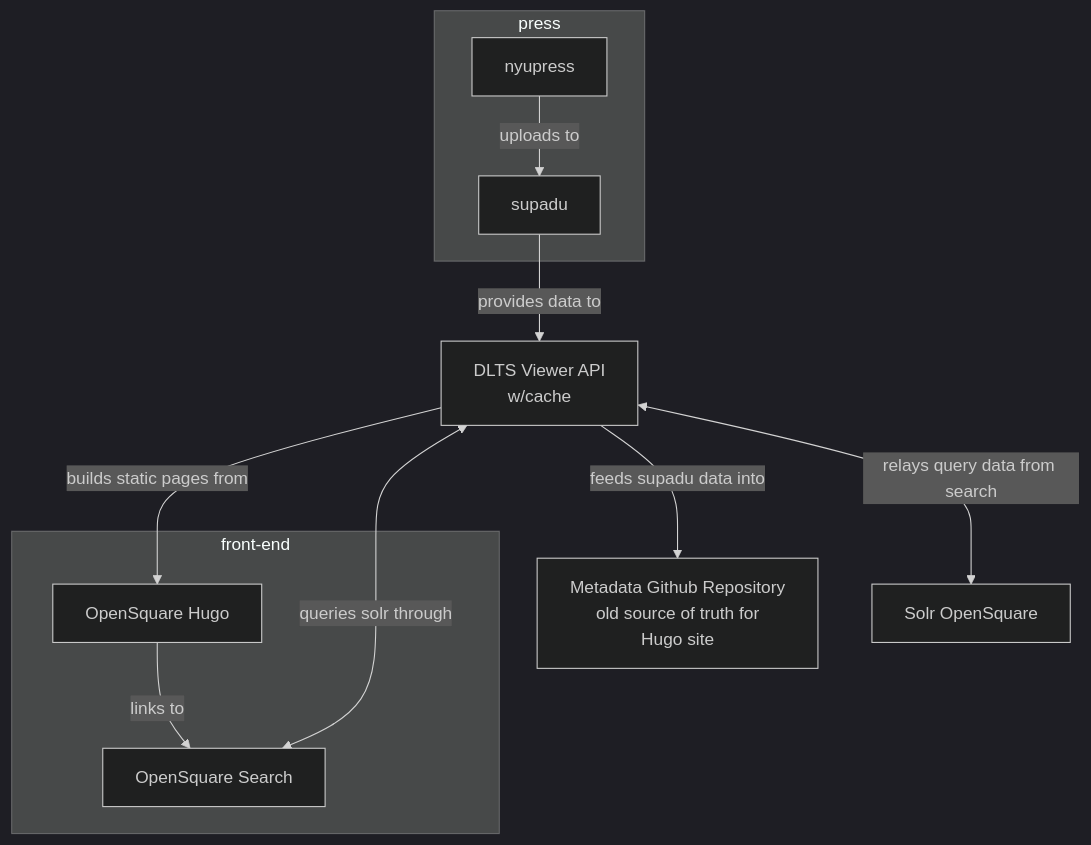
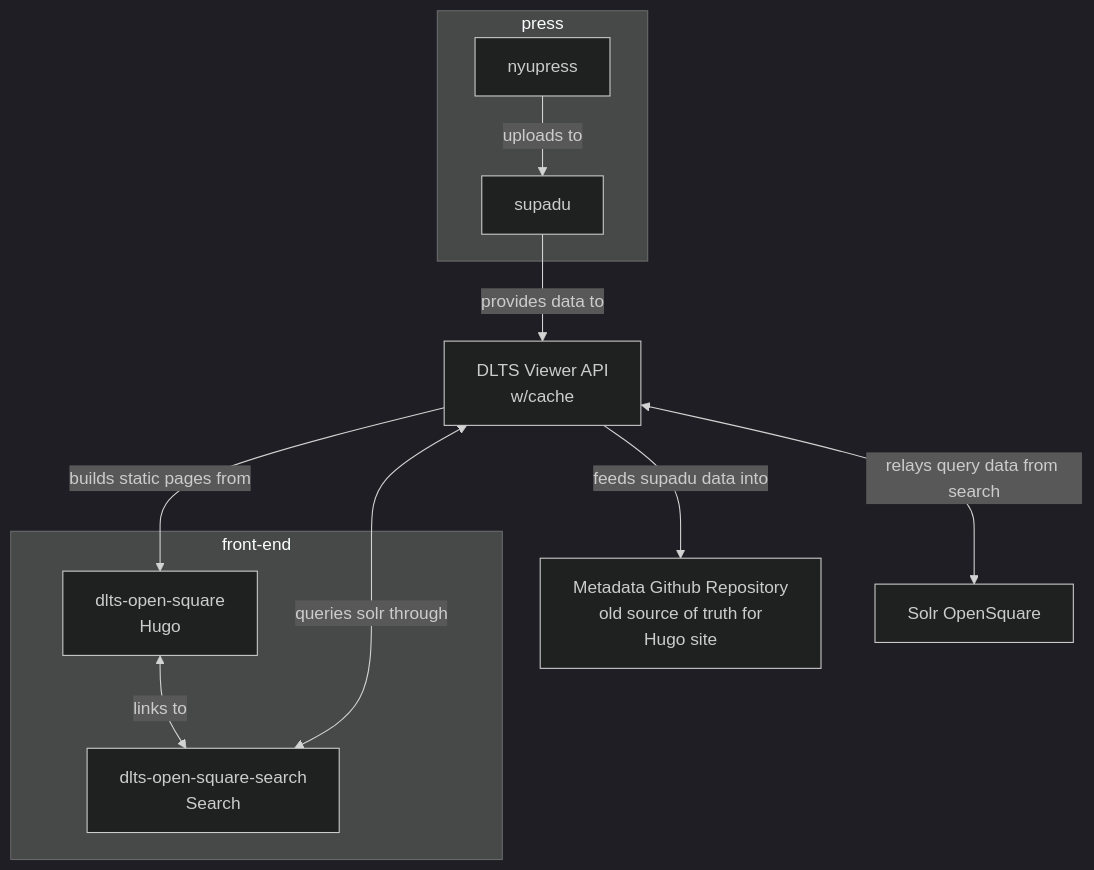
Before and after one commit to NYULibraries/dlts-open-square-search-application: the first of 3 diagrams in README.md, drawn with Mermaid (dark theme). The commit also changed other lines of this file, not shown here.

Commit message:
Naming convention changes to graphs

````diff
--- a/README.md
+++ b/README.md
@@ -23,25 +23,25 @@
 ```mermaid
 flowchart TD
     %% declare boxes id[text]
     subgraph press
     nyupress[nyupress]
     supadu[supadu]
     end
     metarepo[Metadata Github Repository<br/> old source of truth for Hugo site]
     albAPI[DLTS Viewer API<br/> w/cache]
     solr[Solr OpenSquare]
     subgraph front-end
-    osHugo[OpenSquare Hugo]
-    osSearch[OpenSquare Search]
+    osHugo[dlts-open-square <br/> Hugo]
+    osSearch[dlts-open-square-search <br/> Search]
     end
 
     %% link boxes id --message--> id
     nyupress -- uploads to --> supadu
     %% metarepo --> osHugo
     supadu-- provides data to -->albAPI
     albAPI<-- relays query data from search -->solr
     albAPI--builds static pages from -->osHugo
-    osHugo-- links to --> osSearch
+    osHugo<-- links to --> osSearch
     osSearch<--queries solr through -->albAPI
     albAPI-- feeds supadu data into -->metarepo
 ```
````
